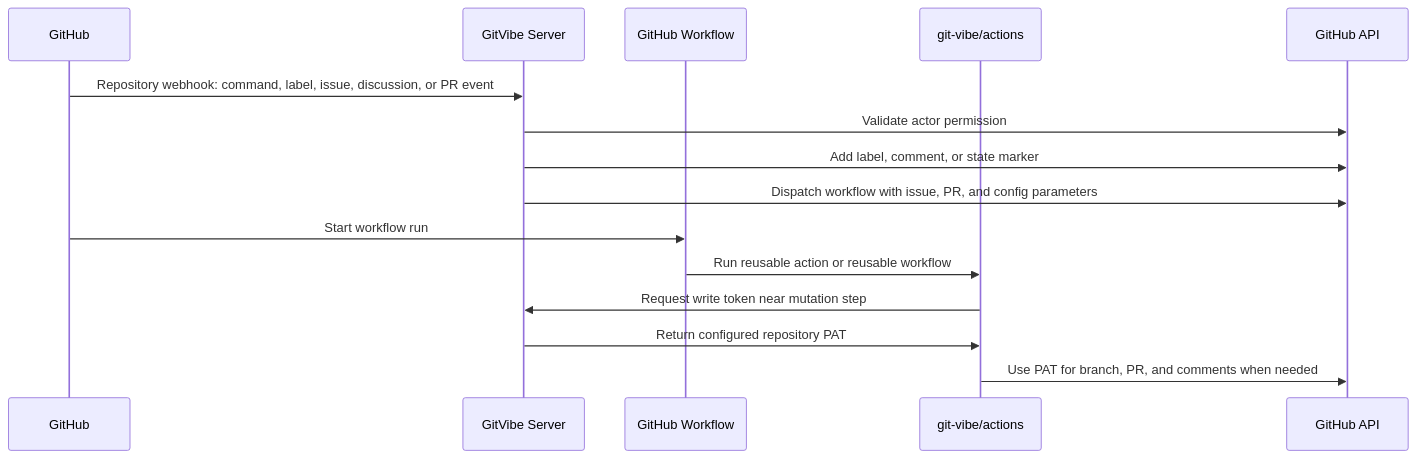
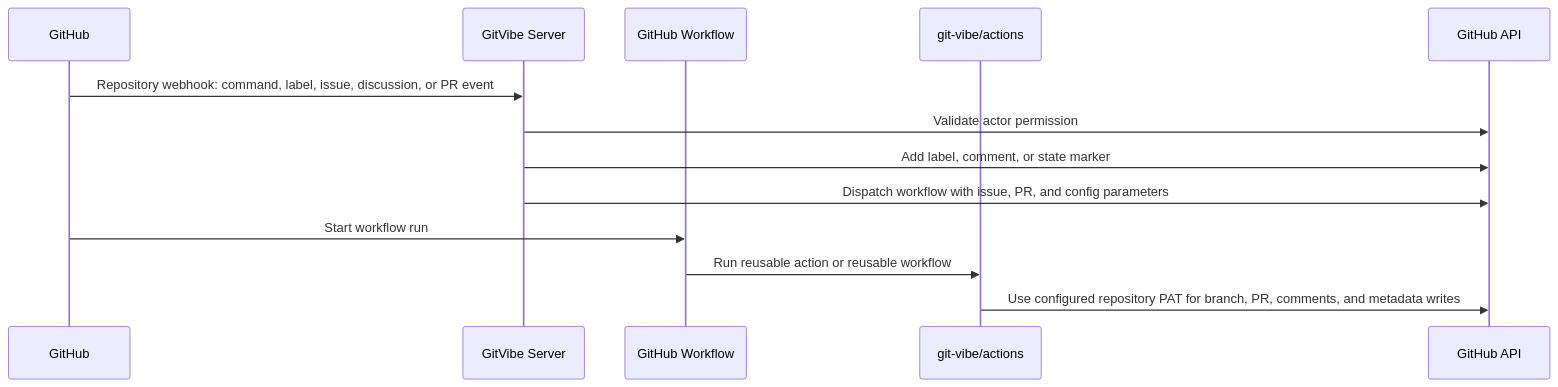
Before and after one commit to markhuangai/git-vibe: the second of 3 diagrams in docs/ARCHITECTURE.md, drawn with Mermaid. The commit also changed other lines of this file and 21 other files, not shown here.

````diff
--- a/docs/ARCHITECTURE.md
+++ b/docs/ARCHITECTURE.md
@@ -50,18 +50,16 @@
 ```mermaid
 sequenceDiagram
   participant GH as GitHub
   participant App as GitVibe Server
   participant WF as GitHub Workflow
   participant Act as git-vibe/actions
   participant API as GitHub API
 
   GH->>App: Repository webhook: command, label, issue, discussion, or PR event
   App->>API: Validate actor permission
   App->>API: Add label, comment, or state marker
   App->>API: Dispatch workflow with issue, PR, and config parameters
   GH->>WF: Start workflow run
   WF->>Act: Run reusable action or reusable workflow
-  Act->>App: Request write token near mutation step
-  App->>Act: Return configured repository PAT
-  Act->>API: Use PAT for branch, PR, and comments when needed
+  Act->>API: Use configured repository PAT for branch, PR, comments, and metadata writes
 ```
````
